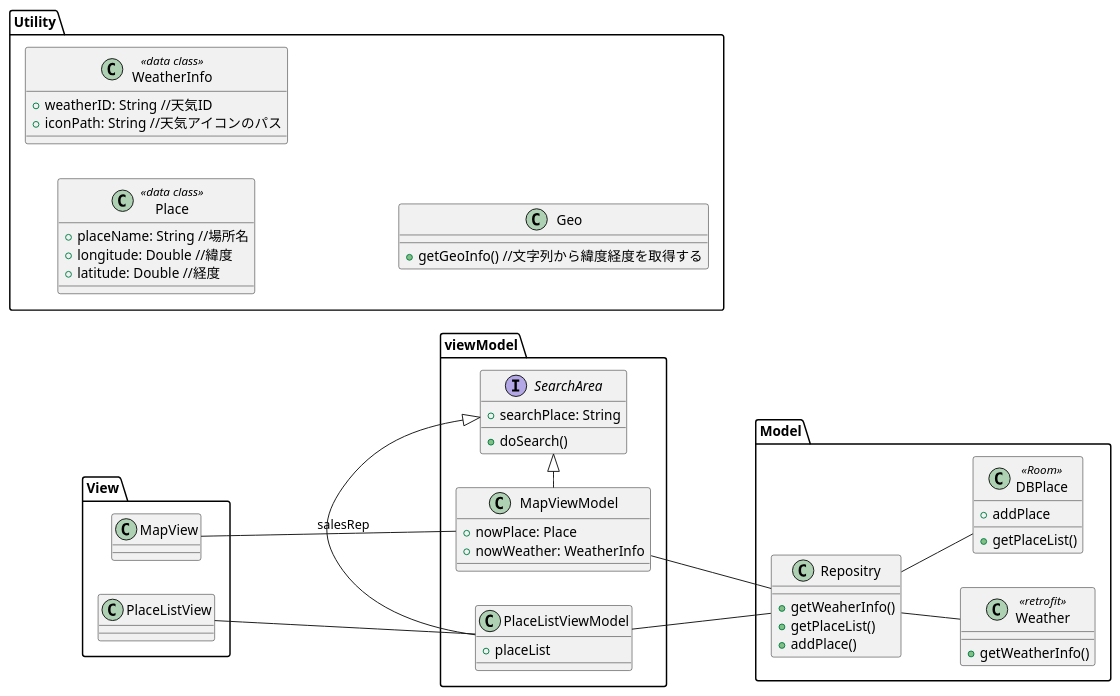
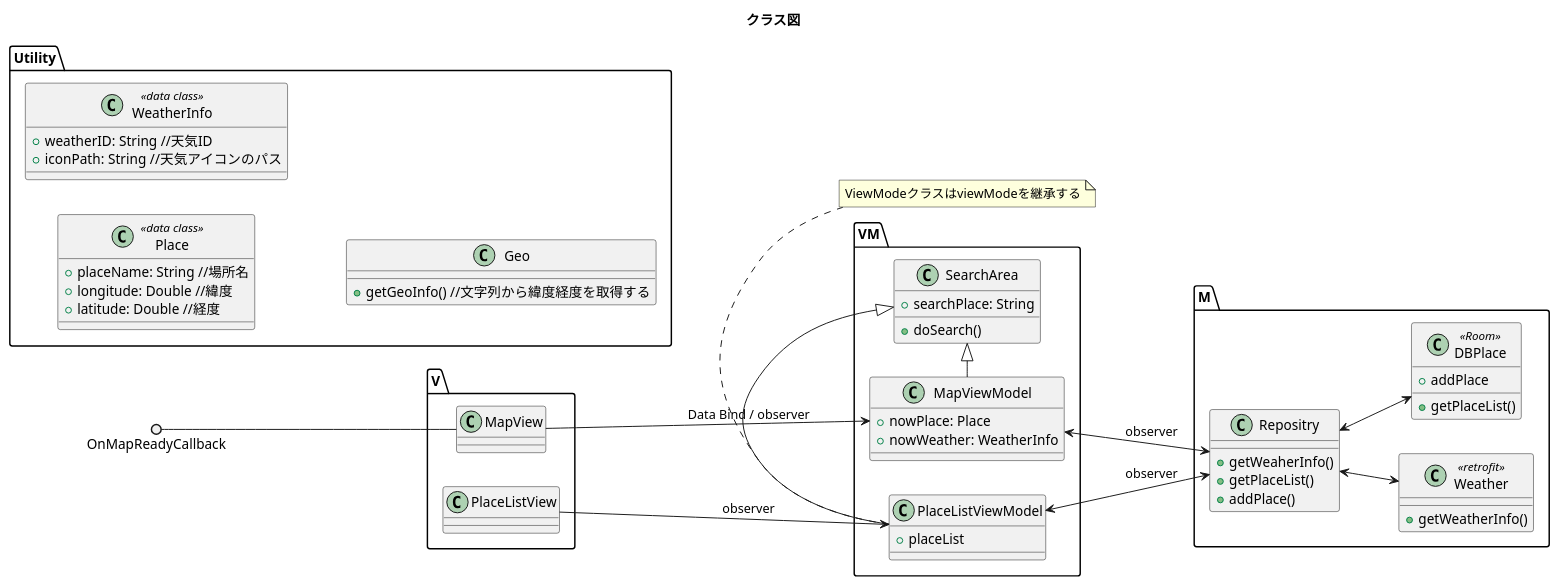
Before and after one commit to takudosato/appDocuments202008: the diagram in classDiagram.pu, drawn with PlantUML.

Commit message:
add new file

```diff
--- a/classDiagram.pu
+++ b/classDiagram.pu
@@ -1,90 +1,96 @@
-@startuml
+@startuml class diagram
+
+title: クラス図
 
 left to right direction
 
+'クラスの宣言
+package "V" {
 
-'クラスの宣言
-package "View" {
-
-  '
+  'GoogleMapを表示する
   class MapView {
   }
 
+  '検索地リストを表示する
   class PlaceListView {
   }
 }
 
 
-package "viewModel" {
+package "VM" {
 
-  interface SearchArea {
+  '検索機能を提供する
+  class SearchArea {
     +searchPlace: String
     +doSearch()
   }
 
   class MapViewModel {
     +nowPlace: Place
     +nowWeather: WeatherInfo
-    
   } 
   
   class PlaceListViewModel {
     +placeList
   }
 }
+note bottom: ViewModeクラスはviewModeを継承する
 
-package "Model" {
+package "M" {
   class Repositry {
     +getWeaherInfo()
     +getPlaceList()
     +addPlace()
   }
 
   class Weather <<retrofit>> {
     +getWeatherInfo()
   }
 
   class DBPlace <<Room>> {
     +getPlaceList()
     +addPlace
   }
 }
-
-'クラス関連
-
-"MapView" -- "MapViewModel" : salesRep
-"PlaceListView" -- "PlaceListViewModel"
-
-"MapViewModel" -- "Repositry"
-"PlaceListViewModel" -- "Repositry"
-
-"Repositry" -- "Weather"
-"Repositry" -- "DBPlace"
-
-"MapViewModel" -|> "SearchArea"
-"PlaceListViewModel" -|> "SearchArea"
-
 
 package Utility {
 
   '場所を表すデータクラス
   class Place <<data class>> {
     +placeName: String //場所名
     +longitude: Double //緯度
     +latitude: Double //経度
   }
 
   '天気情報を表すデータクラス
   class WeatherInfo <<data class>> {
     +weatherID: String //天気ID
     +iconPath: String //天気アイコンのパス
   }
 
   '地理情報変換
   class Geo {
     +getGeoInfo() //文字列から緯度経度を取得する
   }
 }
 
+'クラス関連
+' MapViewはGooglemapを保持
+OnMapReadyCallback ()-- MapView
+
+MapView --> MapViewModel : Data Bind / observer
+PlaceListView --> PlaceListViewModel : observer
+
+' VMクラスはviewModelを継承
+MapViewModel <--> Repositry : observer
+PlaceListViewModel <--> Repositry : observer
+
+' DBとWebAPIアクセスはクラスに任せる
+Repositry <--> Weather
+Repositry <--> DBPlace
+
+' VMは検索インターフェースを使う
+MapViewModel -|> SearchArea
+PlaceListViewModel -|> SearchArea
 
 @enduml
```
